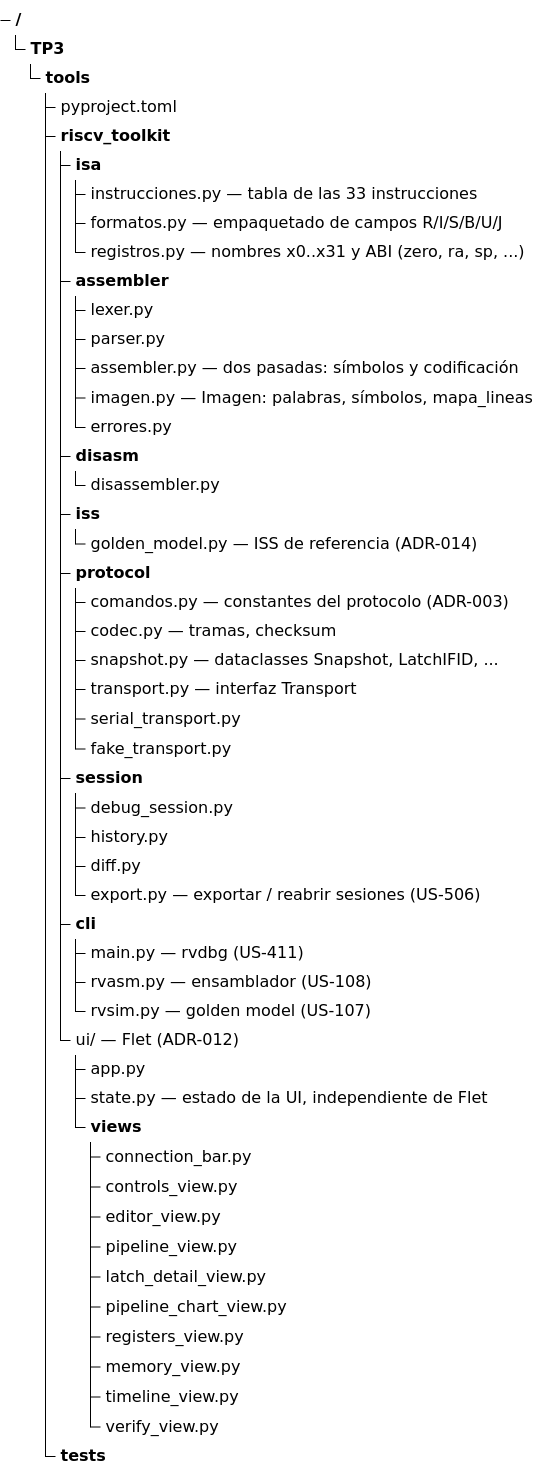
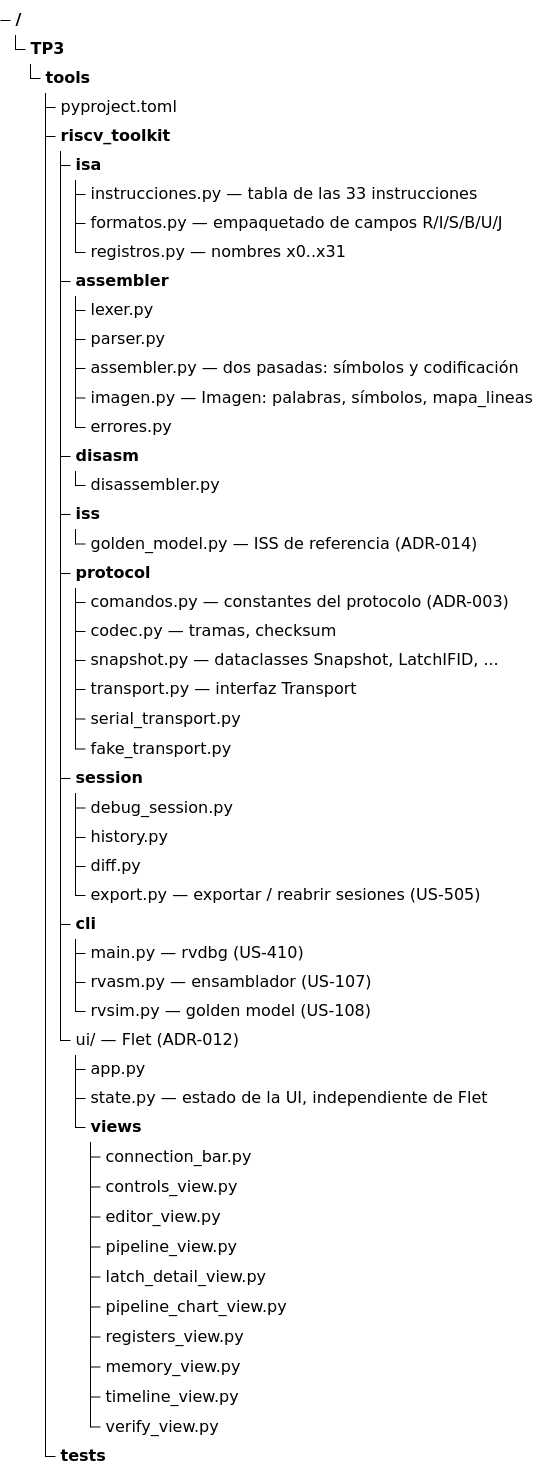
One commit to nicopinera/tps-arqui changed the second of 47 diagrams in docs/PRD-pipeline-riscv.md. Above: the diagram before and after it, drawn with Mermaid. The commit also changed other lines of this file and 103 other files, not shown here.

````diff
--- a/docs/PRD-pipeline-riscv.md
+++ b/docs/PRD-pipeline-riscv.md
@@ -252,52 +270,52 @@
 ```mermaid
 treeView-beta
     "TP3/"
         "tools/"
             "pyproject.toml"
             "riscv_toolkit/"
                 "isa/"
                     "instrucciones.py — tabla de las 33 instrucciones"
                     "formatos.py — empaquetado de campos R/I/S/B/U/J"
-                    "registros.py — nombres x0..x31 y ABI (zero, ra, sp, ...)"
+                    "registros.py — nombres x0..x31"
                 "assembler/"
                     "lexer.py"
                     "parser.py"
                     "assembler.py — dos pasadas: símbolos y codificación"
                     "imagen.py — Imagen: palabras, símbolos, mapa_lineas"
                     "errores.py"
                 "disasm/"
                     "disassembler.py"
                 "iss/"
                     "golden_model.py — ISS de referencia (ADR-014)"
                 "protocol/"
                     "comandos.py — constantes del protocolo (ADR-003)"
                     "codec.py — tramas, checksum"
                     "snapshot.py — dataclasses Snapshot, LatchIFID, ..."
                     "transport.py — interfaz Transport"
                     "serial_transport.py"
                     "fake_transport.py"
                 "session/"
                     "debug_session.py"
                     "history.py"
                     "diff.py"
-                    "export.py — exportar / reabrir sesiones (US-506)"
+                    "export.py — exportar / reabrir sesiones (US-505)"
                 "cli/"
-                    "main.py — rvdbg (US-411)"
-                    "rvasm.py — ensamblador (US-108)"
-                    "rvsim.py — golden model (US-107)"
+                    "main.py — rvdbg (US-410)"
+                    "rvasm.py — ensamblador (US-107)"
+                    "rvsim.py — golden model (US-108)"
                 "ui/ — Flet (ADR-012)"
                     "app.py"
                     "state.py — estado de la UI, independiente de Flet"
                     "views/"
                         "connection_bar.py"
                         "controls_view.py"
                         "editor_view.py"
                         "pipeline_view.py"
                         "latch_detail_view.py"
                         "pipeline_chart_view.py"
                         "registers_view.py"
                         "memory_view.py"
                         "timeline_view.py"
                         "verify_view.py"
             "tests/"
 ```
````
